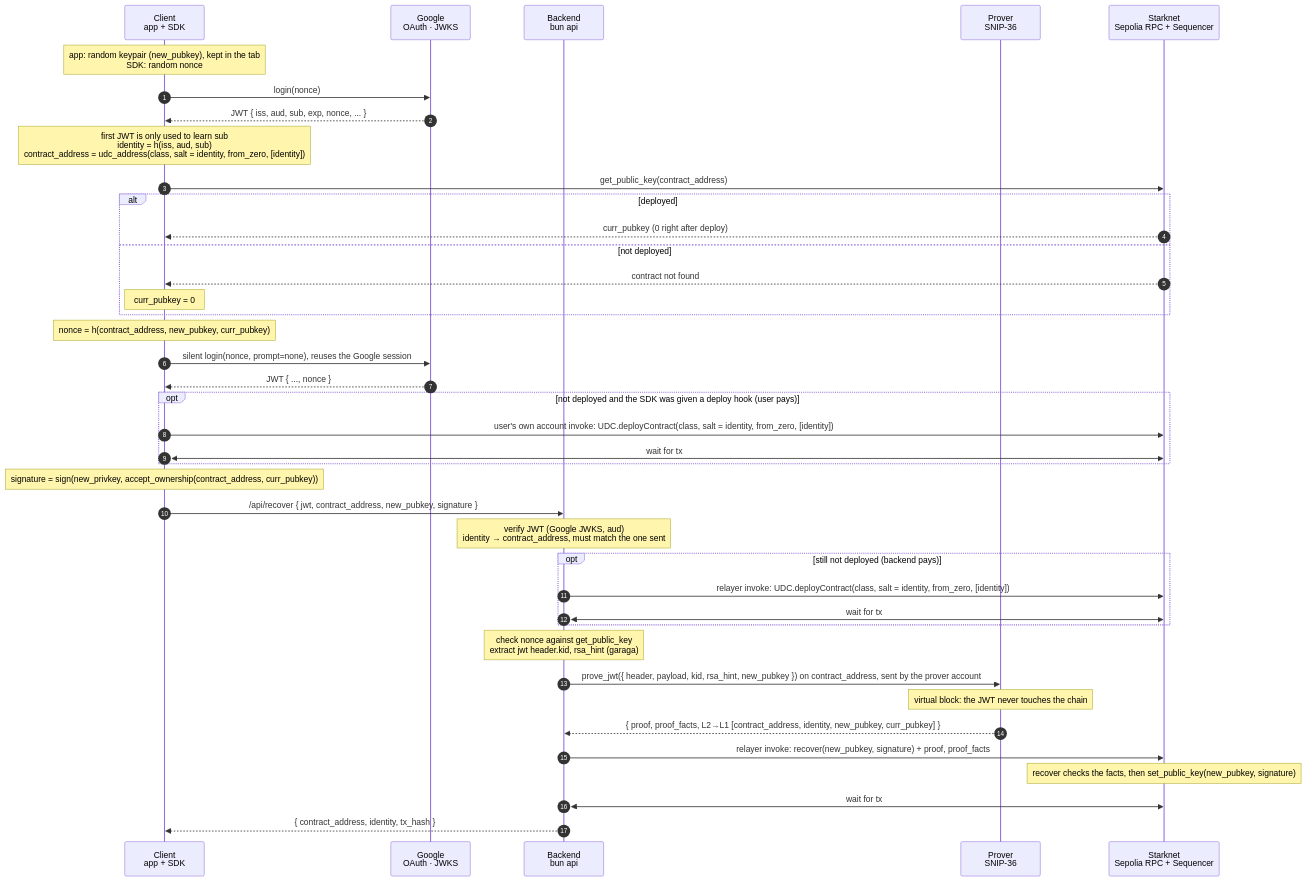
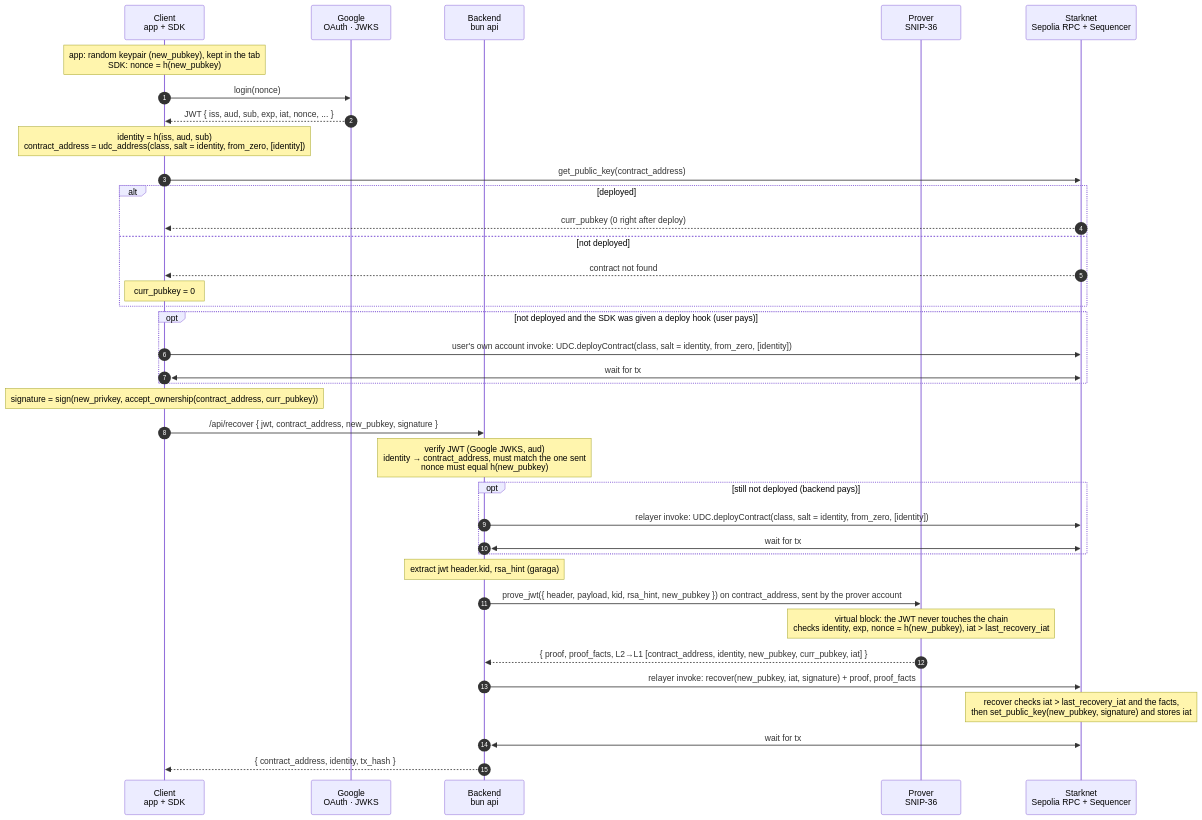
The diagram in README.md (keep-starknet-strange/Social-Account), drawn with Mermaid before and after one commit. The commit also changed other lines of this file, not shown here.

Commit message:
Update diagram

````diff
--- a/README.md
+++ b/README.md
@@ -2,44 +2,41 @@
 ```mermaid
 sequenceDiagram
   autonumber
   participant C as Client<br/>app + SDK
   participant G as Google<br/>OAuth · JWKS
   participant B as Backend<br/>bun api
   participant P as Prover<br/>SNIP-36
   participant S as Starknet<br/>Sepolia RPC + Sequencer
 
-  Note over C: app: random keypair (new_pubkey), kept in the tab<br/>SDK: random nonce
+  Note over C: app: random keypair (new_pubkey), kept in the tab<br/>SDK: nonce = h(new_pubkey)
   C ->> G: login(nonce)
-  G -->> C: JWT { iss, aud, sub, exp, nonce, ... }
-  Note over C: first JWT is only used to learn sub<br/>identity = h(iss, aud, sub)<br/>contract_address = udc_address(class, salt = identity, from_zero, [identity])
+  G -->> C: JWT { iss, aud, sub, exp, iat, nonce, ... }
+  Note over C: identity = h(iss, aud, sub)<br/>contract_address = udc_address(class, salt = identity, from_zero, [identity])
   C ->> S: get_public_key(contract_address)
   alt deployed
     S -->> C: curr_pubkey (0 right after deploy)
   else not deployed
     S -->> C: contract not found
     Note over C: curr_pubkey = 0
   end
-  Note over C: nonce = h(contract_address, new_pubkey, curr_pubkey)
-  C ->> G: silent login(nonce, prompt=none), reuses the Google session
-  G -->> C: JWT { ..., nonce }
 
   opt not deployed and the SDK was given a deploy hook (user pays)
     C ->> S: user's own account invoke: UDC.deployContract(class, salt = identity, from_zero, [identity])
     C <<->> S: wait for tx
   end
   Note over C: signature = sign(new_privkey, accept_ownership(contract_address, curr_pubkey))
   C ->> B: /api/recover { jwt, contract_address, new_pubkey, signature }
-  Note over B: verify JWT (Google JWKS, aud)<br/>identity → contract_address, must match the one sent
+  Note over B: verify JWT (Google JWKS, aud)<br/>identity → contract_address, must match the one sent<br/>nonce must equal h(new_pubkey)
   opt still not deployed (backend pays)
     B ->> S: relayer invoke: UDC.deployContract(class, salt = identity, from_zero, [identity])
     B <<->> S: wait for tx
   end
-  Note over B: check nonce against get_public_key<br/>extract jwt header.kid, rsa_hint (garaga)
+  Note over B: extract jwt header.kid, rsa_hint (garaga)
   B ->> P: prove_jwt({ header, payload, kid, rsa_hint, new_pubkey }) on contract_address, sent by the prover account
-  Note over P: virtual block: the JWT never touches the chain
-  P -->> B: { proof, proof_facts, L2→L1 [contract_address, identity, new_pubkey, curr_pubkey] }
-  B ->> S: relayer invoke: recover(new_pubkey, signature) + proof, proof_facts
-  Note over S: recover checks the facts, then set_public_key(new_pubkey, signature)
+  Note over P: virtual block: the JWT never touches the chain<br/>checks identity, exp, nonce = h(new_pubkey), iat > last_recovery_iat
+  P -->> B: { proof, proof_facts, L2→L1 [contract_address, identity, new_pubkey, curr_pubkey, iat] }
+  B ->> S: relayer invoke: recover(new_pubkey, iat, signature) + proof, proof_facts
+  Note over S: recover checks iat > last_recovery_iat and the facts,<br/>then set_public_key(new_pubkey, signature) and stores iat
   B <<->> S: wait for tx
   B -->> C: { contract_address, identity, tx_hash }
 ```
````
